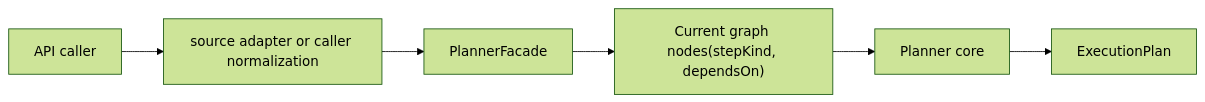
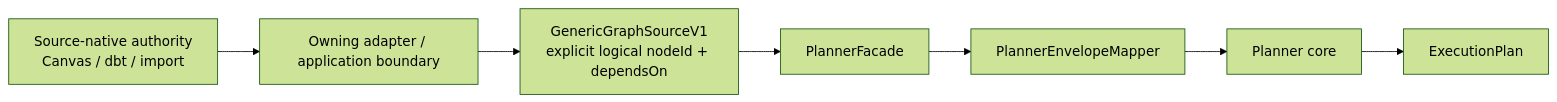
The diagram in docs/guides/generic-graph-source-technical-manual-20260404.md (dunay2/dvt), drawn with Mermaid (forest theme) before and after one commit. The commit also changed other lines of this file and 28 other files, not shown here.

Commit message:
refactor(contracts): Separate Source logical identity from physical binding (#2992)

````diff
--- a/docs/guides/generic-graph-source-technical-manual-20260404.md
+++ b/docs/guides/generic-graph-source-technical-manual-20260404.md
@@ -54,8 +31,9 @@
 ```mermaid
 flowchart LR
-  Caller["API caller"] --> Adapter["source adapter or caller normalization"]
-  Adapter --> Facade["PlannerFacade"]
-  Facade --> Nodes["Current graph nodes(stepKind, dependsOn)"]
-  Nodes --> Planner["Planner core"]
+  Native["Source-native authority\nCanvas / dbt / import"] --> Adapter["Owning adapter / application boundary"]
+  Adapter --> Graph["GenericGraphSourceV1\nexplicit logical nodeId + dependsOn"]
+  Graph --> Facade["PlannerFacade"]
+  Facade --> Mapper["PlannerEnvelopeMapper"]
+  Mapper --> Planner["Planner core"]
   Planner --> Plan["ExecutionPlan"]
 ```
````
